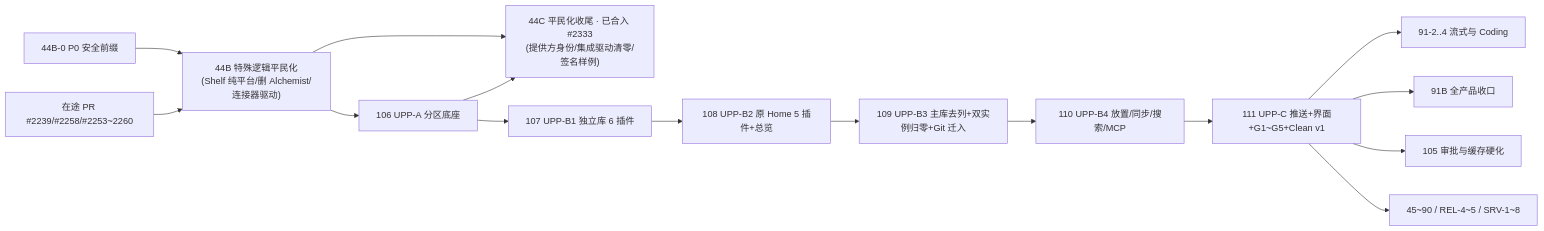
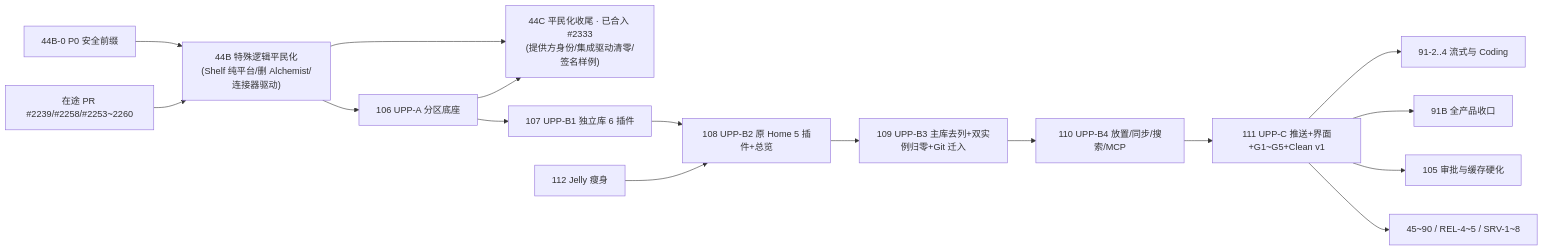
Before and after one commit to molis-ai/molis-work: the fifth of 5 diagrams in specs/post-anticorruption-roadmap/reference/dependencies.md, drawn with Mermaid. The commit also changed other lines of this file and 265 other files, not shown here.

````diff
--- a/specs/post-anticorruption-roadmap/reference/dependencies.md
+++ b/specs/post-anticorruption-roadmap/reference/dependencies.md
@@ -589,17 +589,18 @@
 ```mermaid
 flowchart LR
   B44B0["44B-0 P0 安全前缀"] --> B44B["44B 特殊逻辑平民化<br/>(Shelf 纯平台/删 Alchemist/连接器驱动)"]
   INF["在途 PR #2239/#2258/#2253~2260"] --> B44B
   B44B --> B106["106 UPP-A 分区底座"]
   B44B --> B44C["44C 平民化收尾 · 已合入 #2333<br/>(提供方身份/集成驱动清零/签名样例)"]
   B106 --> B44C
   B106 --> B107["107 UPP-B1 独立库 6 插件"]
   B107 --> B108["108 UPP-B2 原 Home 5 插件+总览"]
+  B112["112 Jelly 瘦身"] --> B108
   B108 --> B109["109 UPP-B3 主库去列+双实例归零+Git 迁入"]
   B109 --> B110["110 UPP-B4 放置/同步/搜索/MCP"]
   B110 --> B111["111 UPP-C 推送+界面+G1~G5+Clean v1"]
   B111 --> B91A["91-2..4 流式与 Coding"]
   B111 --> B91B["91B 全产品收口"]
   B111 --> B105["105 审批与缓存硬化"]
   B111 --> BDOWN["45~90 / REL-4~5 / SRV-1~8"]
 ```
````
